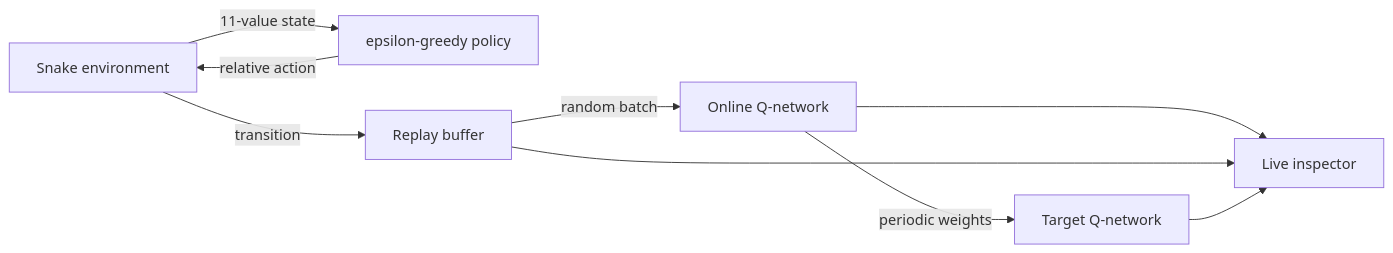
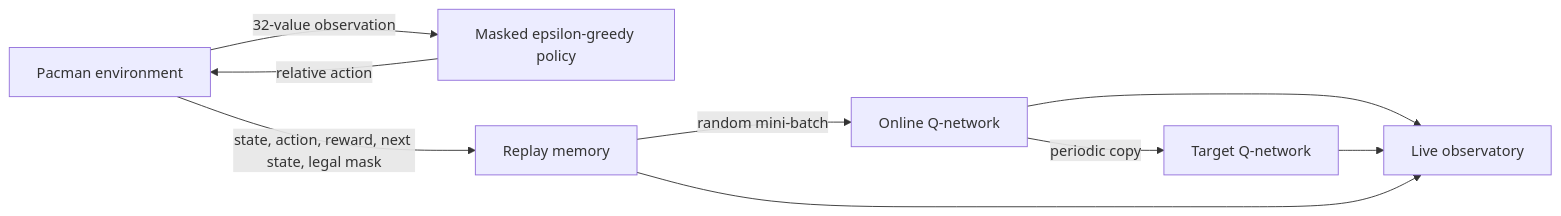
Before and after one commit to Juskocode/LateNightDeepLearning: the diagram in README.md, drawn with Mermaid. The commit also changed other lines of this file and 1 other file, not shown here.

Commit message:
docs: add Pacman learning guide and live GIF

````diff
--- a/README.md
+++ b/README.md
@@ -144,11 +169,11 @@
 ```mermaid
 flowchart LR
-    E["Snake environment"] -->|11-value state| P["epsilon-greedy policy"]
+    E["Pacman environment"] -->|32-value observation| P["Masked epsilon-greedy policy"]
     P -->|relative action| E
-    E -->|transition| M["Replay buffer"]
-    M -->|random batch| O["Online Q-network"]
-    O -->|periodic weights| T["Target Q-network"]
-    O --> V["Live inspector"]
+    E -->|state, action, reward, next state, legal mask| M["Replay memory"]
+    M -->|random mini-batch| O["Online Q-network"]
+    O -->|periodic copy| T["Target Q-network"]
+    O --> V["Live observatory"]
+    T --> V
     M --> V
-    T --> V
 ```
````
